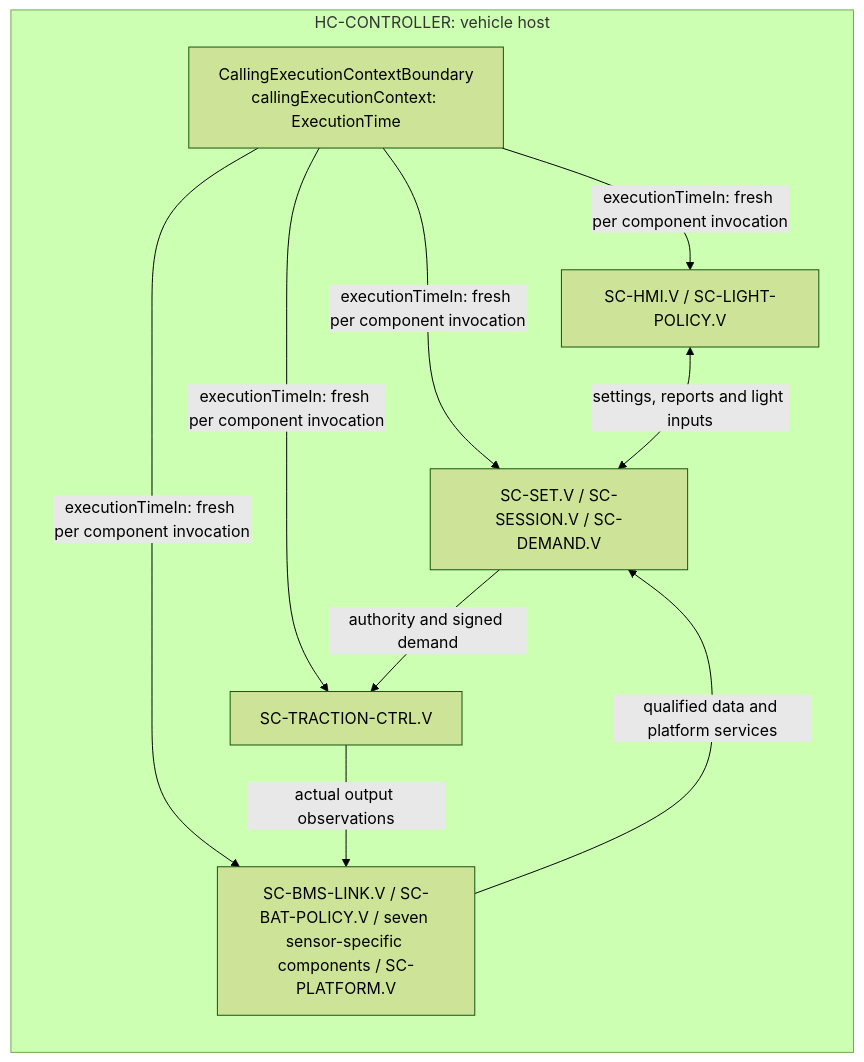
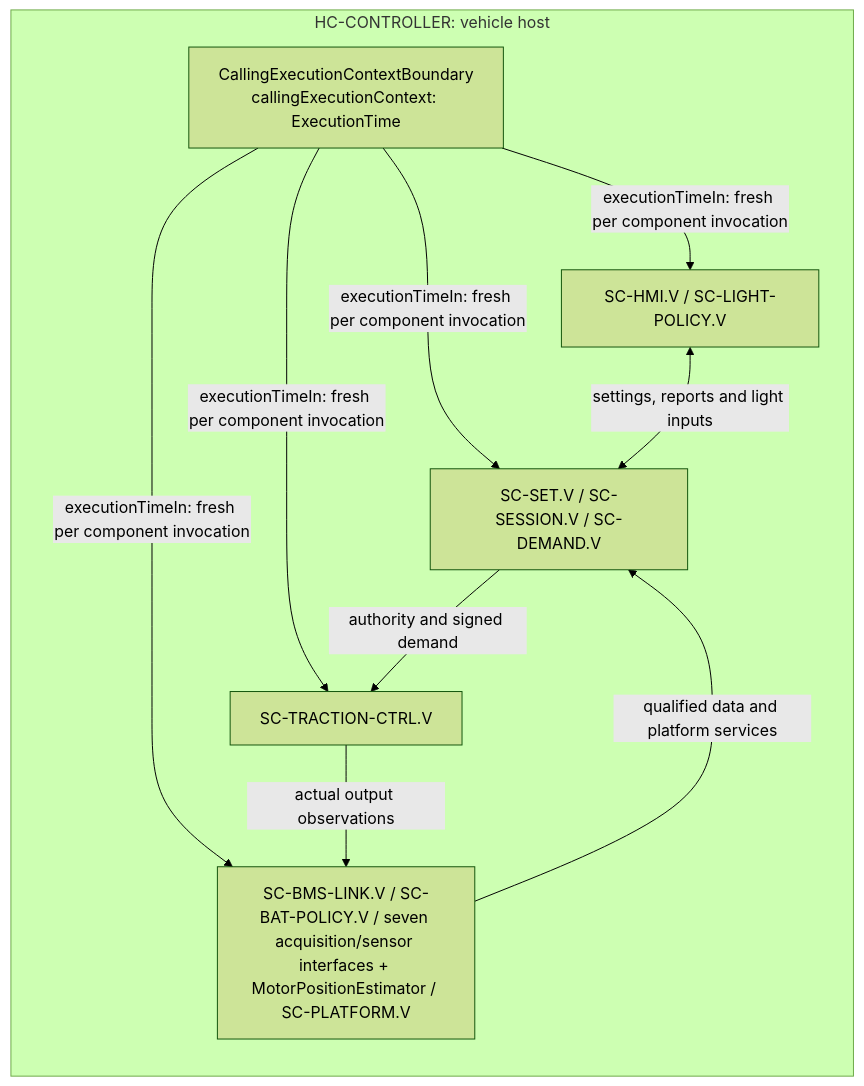
The first of 4 diagrams in .devenv/Architecture/SoftwareArchitecture/ARCH-003_Software_Architecture.md (dhellhake/X2CityMCU), drawn with Mermaid (forest theme) before and after one commit. The commit also changed other lines of this file and 69 other files, not shown here.

Commit message:
Refactored MotorPositionEstimation on System-Level

````diff
--- a/.devenv/Architecture/SoftwareArchitecture/ARCH-003_Software_Architecture.md
+++ b/.devenv/Architecture/SoftwareArchitecture/ARCH-003_Software_Architecture.md
@@ -46,18 +51,18 @@
 ```mermaid
 flowchart LR
     subgraph Vehicle["HC-CONTROLLER: vehicle host"]
         CALL[CallingExecutionContextBoundary\ncallingExecutionContext: ExecutionTime]
         VPolicy["SC-SET.V / SC-SESSION.V / SC-DEMAND.V"]
         VIO["SC-HMI.V / SC-LIGHT-POLICY.V"]
         VDrive["SC-TRACTION-CTRL.V"]
-        VCommon["SC-BMS-LINK.V / SC-BAT-POLICY.V / seven sensor-specific components / SC-PLATFORM.V"]
+        VCommon["SC-BMS-LINK.V / SC-BAT-POLICY.V / seven acquisition/sensor interfaces + MotorPositionEstimator / SC-PLATFORM.V"]
     end
     VCommon -->|qualified data and platform services| VPolicy
     CALL -->|executionTimeIn: fresh per component invocation| VPolicy
     CALL -->|executionTimeIn: fresh per component invocation| VIO
     CALL -->|executionTimeIn: fresh per component invocation| VDrive
     CALL -->|executionTimeIn: fresh per component invocation| VCommon
     VPolicy -->|authority and signed demand| VDrive
     VDrive -->|actual output observations| VCommon
     VIO <-->|settings, reports and light inputs| VPolicy
 ```
````
